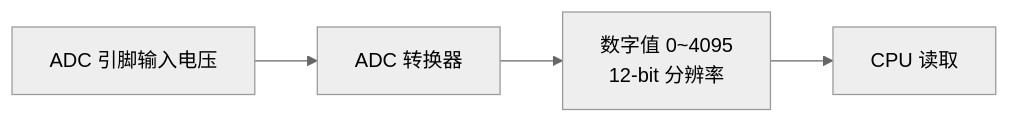
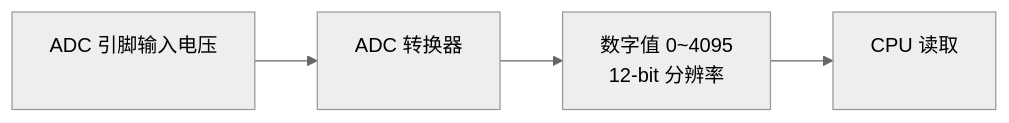
One commit to sanchuanhehe/fbb_ws53 changed the first of 2 diagrams in docs/zh-CN/samples/peripherals/adc/adc.md. Above: the diagram before and after it, drawn with Mermaid (neutral theme). The commit also changed other lines of this file and 8 other files, not shown here.

First line of the commit message:
docs: 优化 WS53 示例流程图与配置说明

````diff
--- a/docs/zh-CN/samples/peripherals/adc/adc.md
+++ b/docs/zh-CN/samples/peripherals/adc/adc.md
@@ -17,6 +17,6 @@
 ```mermaid
 flowchart LR
-    A[ADC 引脚输入电压] --> ADC[ADC 转换器]
-    ADC --> D[数字值 0~4095<br/>12-bit 分辨率]
-    D --> C[CPU 读取]
+    A["ADC 引脚输入电压<br/>&nbsp;"] --> ADC["ADC 转换器<br/>&nbsp;"]
+    ADC --> D["数字值 0~4095<br/>12-bit 分辨率"]
+    D --> C["CPU 读取<br/>&nbsp;"]
 ```
````
